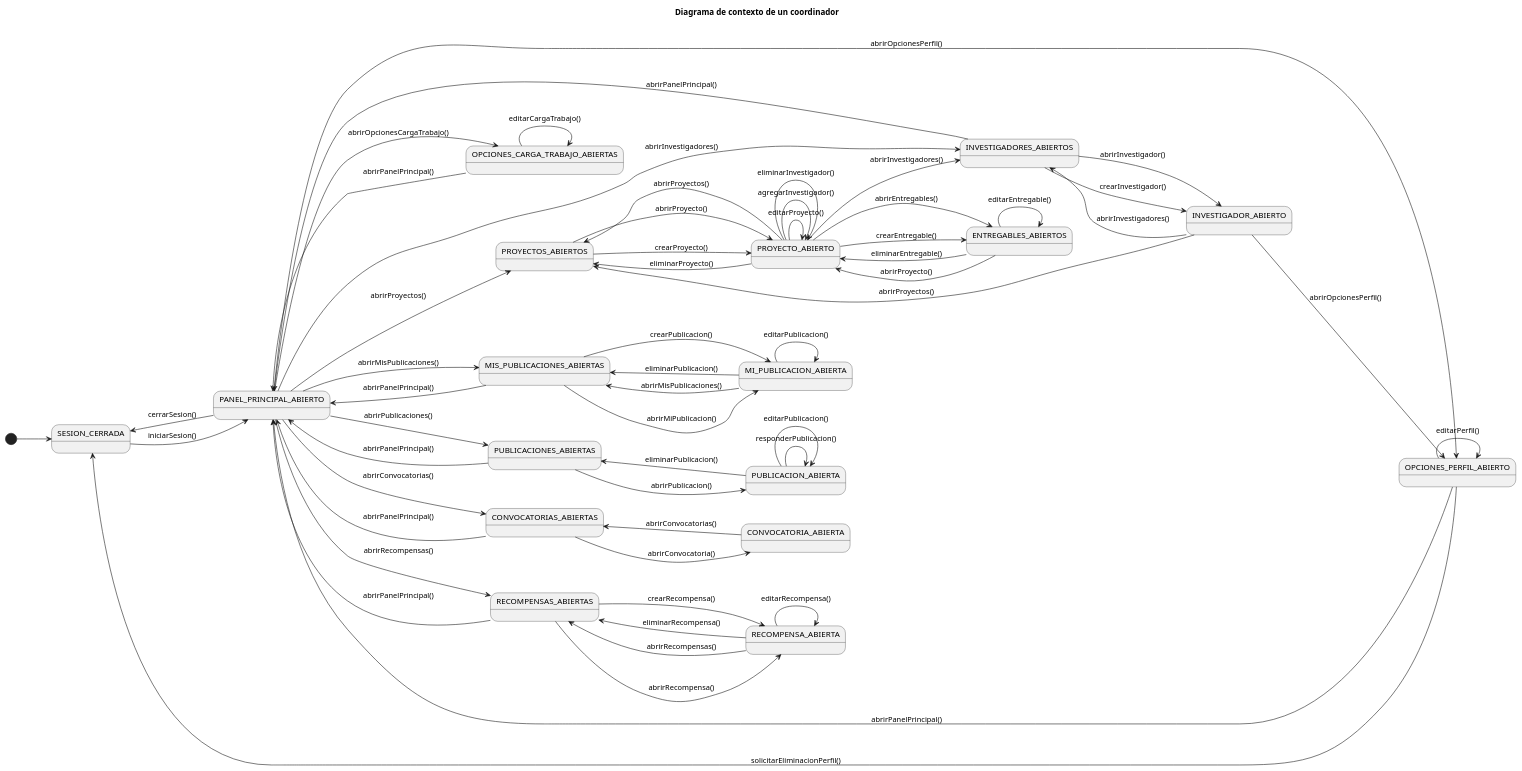
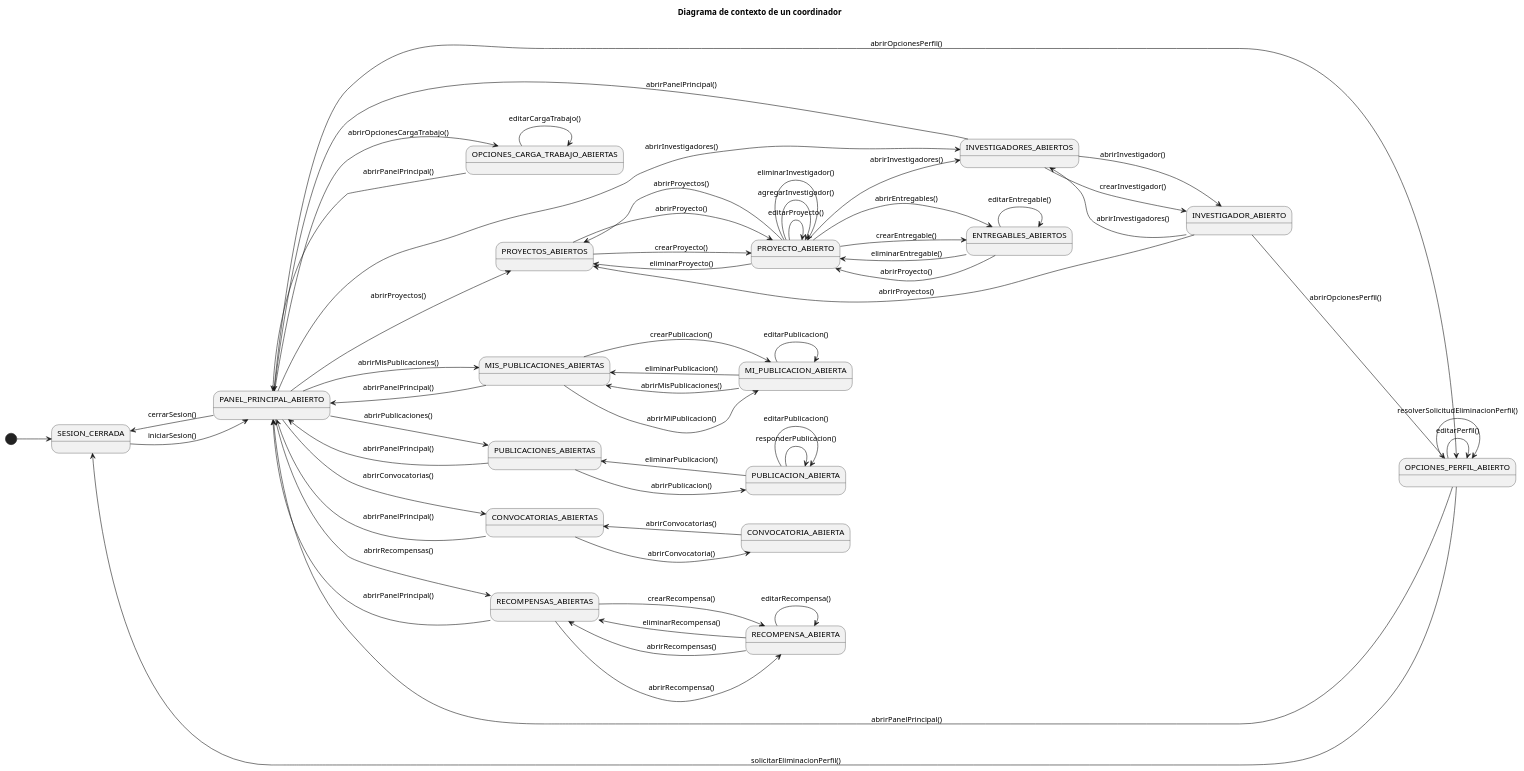
The diagram in documentación/CasosDeUso/Diagramas/DiagramaContextoCoordinador.puml (31Diego/25-26-IdSw1-SdR), drawn with PlantUML before and after one commit. The commit also changed 1 other file, not shown here.

Commit message:
correccion error en diagrama contexto coordinador

```diff
--- a/documentación/CasosDeUso/Diagramas/DiagramaContextoCoordinador.puml
+++ b/documentación/CasosDeUso/Diagramas/DiagramaContextoCoordinador.puml
@@ -1,74 +1,75 @@
 @startuml DiagramaContextoCoordinador
 
 title Diagrama de contexto de un coordinador
 
 left to right direction
 
 [*] --> SESION_CERRADA
 SESION_CERRADA --> PANEL_PRINCIPAL_ABIERTO: iniciarSesion()
 PANEL_PRINCIPAL_ABIERTO --> SESION_CERRADA: cerrarSesion()
 
 PANEL_PRINCIPAL_ABIERTO --> OPCIONES_PERFIL_ABIERTO: abrirOpcionesPerfil()
 PANEL_PRINCIPAL_ABIERTO --> OPCIONES_CARGA_TRABAJO_ABIERTAS: abrirOpcionesCargaTrabajo()
 PANEL_PRINCIPAL_ABIERTO --> PROYECTOS_ABIERTOS: abrirProyectos()
 PANEL_PRINCIPAL_ABIERTO --> INVESTIGADORES_ABIERTOS: abrirInvestigadores()
 PANEL_PRINCIPAL_ABIERTO --> MIS_PUBLICACIONES_ABIERTAS: abrirMisPublicaciones()
 PANEL_PRINCIPAL_ABIERTO --> PUBLICACIONES_ABIERTAS: abrirPublicaciones()
 PANEL_PRINCIPAL_ABIERTO --> CONVOCATORIAS_ABIERTAS: abrirConvocatorias()
 PANEL_PRINCIPAL_ABIERTO --> RECOMPENSAS_ABIERTAS: abrirRecompensas()
 
 PUBLICACIONES_ABIERTAS --> PUBLICACION_ABIERTA: abrirPublicacion()
 PUBLICACION_ABIERTA --> PUBLICACION_ABIERTA: responderPublicacion()
 PUBLICACION_ABIERTA --> PUBLICACION_ABIERTA: editarPublicacion()
 PUBLICACION_ABIERTA --> PUBLICACIONES_ABIERTAS: eliminarPublicacion()
 PUBLICACIONES_ABIERTAS --> PANEL_PRINCIPAL_ABIERTO: abrirPanelPrincipal()
 
 MIS_PUBLICACIONES_ABIERTAS --> MI_PUBLICACION_ABIERTA: abrirMiPublicacion()
 MIS_PUBLICACIONES_ABIERTAS --> MI_PUBLICACION_ABIERTA: crearPublicacion()
 MI_PUBLICACION_ABIERTA --> MI_PUBLICACION_ABIERTA: editarPublicacion()
 MI_PUBLICACION_ABIERTA --> MIS_PUBLICACIONES_ABIERTAS: eliminarPublicacion()
 MIS_PUBLICACIONES_ABIERTAS --> PANEL_PRINCIPAL_ABIERTO: abrirPanelPrincipal()
 MI_PUBLICACION_ABIERTA --> MIS_PUBLICACIONES_ABIERTAS: abrirMisPublicaciones()
 
 OPCIONES_PERFIL_ABIERTO --> OPCIONES_PERFIL_ABIERTO: editarPerfil()
+OPCIONES_PERFIL_ABIERTO --> OPCIONES_PERFIL_ABIERTO: resolverSolicitudEliminacionPerfil()
 OPCIONES_PERFIL_ABIERTO --> SESION_CERRADA: solicitarEliminacionPerfil()
 OPCIONES_PERFIL_ABIERTO --> PANEL_PRINCIPAL_ABIERTO: abrirPanelPrincipal()
 
 OPCIONES_CARGA_TRABAJO_ABIERTAS --> OPCIONES_CARGA_TRABAJO_ABIERTAS: editarCargaTrabajo()
 OPCIONES_CARGA_TRABAJO_ABIERTAS --> PANEL_PRINCIPAL_ABIERTO: abrirPanelPrincipal()
 
 CONVOCATORIAS_ABIERTAS --> CONVOCATORIA_ABIERTA: abrirConvocatoria()
 CONVOCATORIA_ABIERTA --> CONVOCATORIAS_ABIERTAS: abrirConvocatorias()
 CONVOCATORIAS_ABIERTAS --> PANEL_PRINCIPAL_ABIERTO: abrirPanelPrincipal()
 
 RECOMPENSAS_ABIERTAS --> RECOMPENSA_ABIERTA: abrirRecompensa()
 RECOMPENSAS_ABIERTAS --> RECOMPENSA_ABIERTA: crearRecompensa()
 RECOMPENSA_ABIERTA --> RECOMPENSA_ABIERTA: editarRecompensa()
 RECOMPENSA_ABIERTA --> RECOMPENSAS_ABIERTAS: eliminarRecompensa()
 RECOMPENSA_ABIERTA --> RECOMPENSAS_ABIERTAS: abrirRecompensas()
 RECOMPENSAS_ABIERTAS --> PANEL_PRINCIPAL_ABIERTO: abrirPanelPrincipal()
 
 PROYECTOS_ABIERTOS --> PROYECTO_ABIERTO: abrirProyecto()
 PROYECTOS_ABIERTOS --> PROYECTO_ABIERTO: crearProyecto()
 PROYECTO_ABIERTO --> PROYECTO_ABIERTO: editarProyecto()
 PROYECTO_ABIERTO --> PROYECTOS_ABIERTOS: eliminarProyecto()
 PROYECTO_ABIERTO --> PROYECTO_ABIERTO: agregarInvestigador()
 PROYECTO_ABIERTO --> PROYECTO_ABIERTO: eliminarInvestigador()
 PROYECTO_ABIERTO --> ENTREGABLES_ABIERTOS: abrirEntregables()
 PROYECTO_ABIERTO --> ENTREGABLES_ABIERTOS: crearEntregable()
 PROYECTO_ABIERTO --> INVESTIGADORES_ABIERTOS: abrirInvestigadores()
 PROYECTO_ABIERTO --> PROYECTOS_ABIERTOS: abrirProyectos()
 
 ENTREGABLES_ABIERTOS --> ENTREGABLES_ABIERTOS: editarEntregable()
 ENTREGABLES_ABIERTOS --> PROYECTO_ABIERTO: eliminarEntregable()
 ENTREGABLES_ABIERTOS --> PROYECTO_ABIERTO: abrirProyecto()
 
 INVESTIGADORES_ABIERTOS --> INVESTIGADOR_ABIERTO: abrirInvestigador()
 INVESTIGADORES_ABIERTOS --> INVESTIGADOR_ABIERTO: crearInvestigador()
 INVESTIGADORES_ABIERTOS --> PANEL_PRINCIPAL_ABIERTO: abrirPanelPrincipal()
 
 INVESTIGADOR_ABIERTO --> OPCIONES_PERFIL_ABIERTO: abrirOpcionesPerfil()
 INVESTIGADOR_ABIERTO --> INVESTIGADORES_ABIERTOS: abrirInvestigadores()
 INVESTIGADOR_ABIERTO --> PROYECTOS_ABIERTOS: abrirProyectos()
 
 @enduml
```
